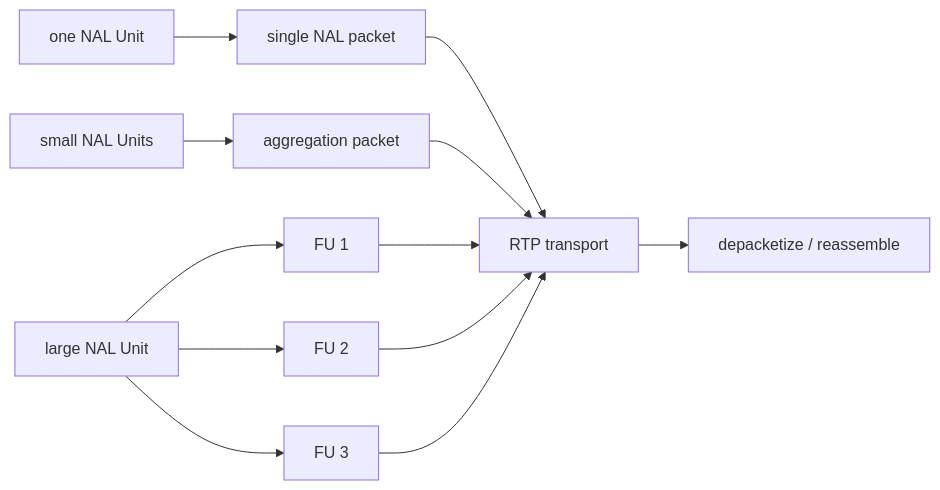
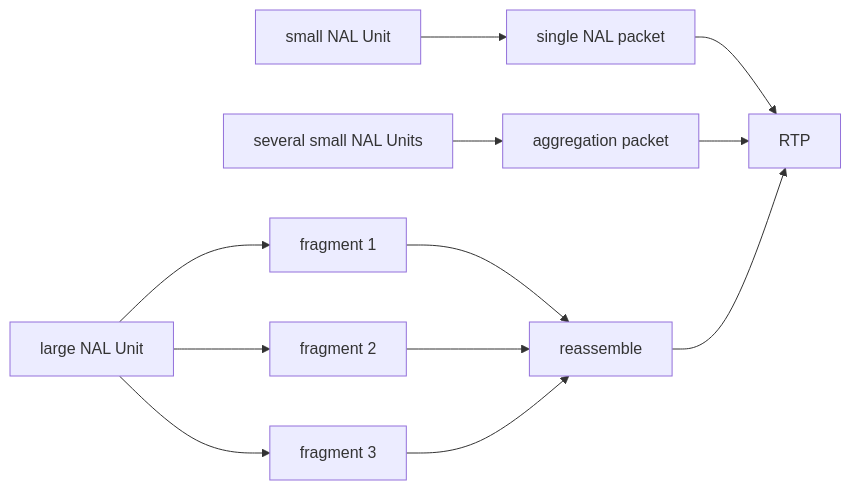
One commit to flycodeu/FlyCodeCenter changed the eighth of 9 diagrams in src/content/tutorial/ffmpeg/08-H264-H265-Bitstream.md. Above: the diagram before and after it, drawn with Mermaid. The commit also changed other lines of this file and 1 other file, not shown here.

````diff
--- a/src/content/tutorial/ffmpeg/08-H264-H265-Bitstream.md
+++ b/src/content/tutorial/ffmpeg/08-H264-H265-Bitstream.md
@@ -318,14 +416,14 @@
 ```mermaid
 flowchart LR
-  N1[one NAL Unit] --> S[single NAL packet]
-  N2[small NAL Units] --> A[aggregation packet]
-  N3[large NAL Unit] --> F1[FU 1]
-  N3 --> F2[FU 2]
-  N3 --> F3[FU 3]
-  S --> RTP[RTP transport]
-  A --> RTP
-  F1 --> RTP
-  F2 --> RTP
-  F3 --> RTP
-  RTP --> DP[depacketize / reassemble]
+  N1[small NAL Unit] --> SINGLE[single NAL packet]
+  N2[several small NAL Units] --> AP[aggregation packet]
+  N3[large NAL Unit] --> F1[fragment 1]
+  N3 --> F2[fragment 2]
+  N3 --> F3[fragment 3]
+  SINGLE --> RTP[RTP]
+  AP --> RTP
+  F1 --> RE[reassemble]
+  F2 --> RE
+  F3 --> RE
+  RE --> RTP
 ```
````
